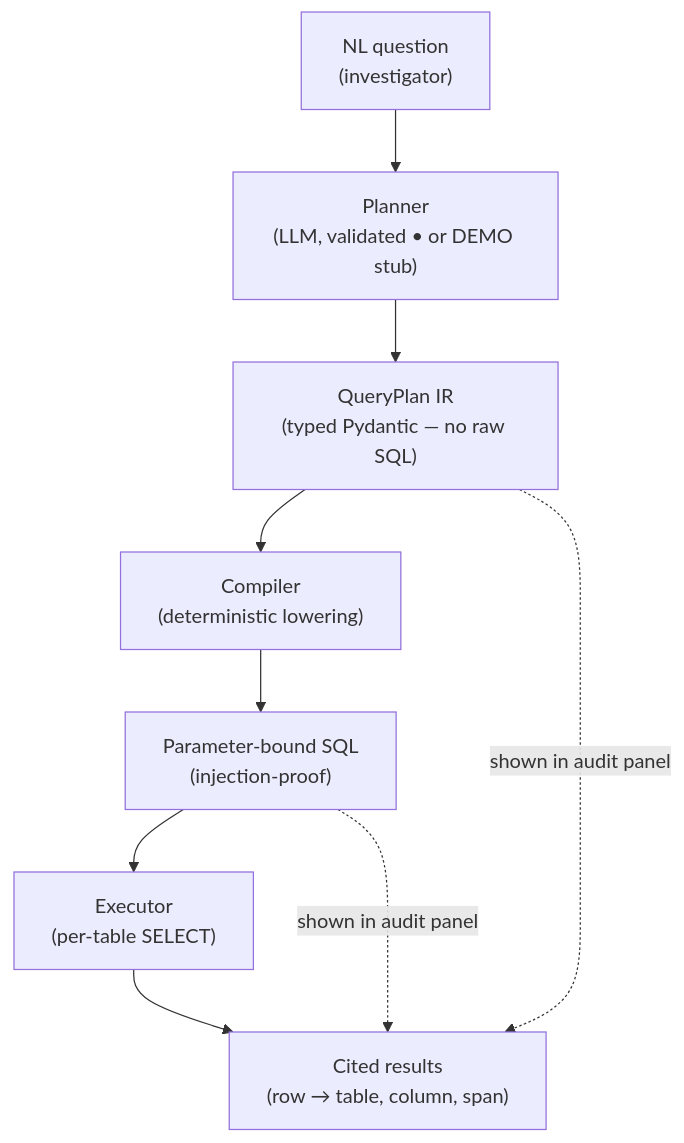
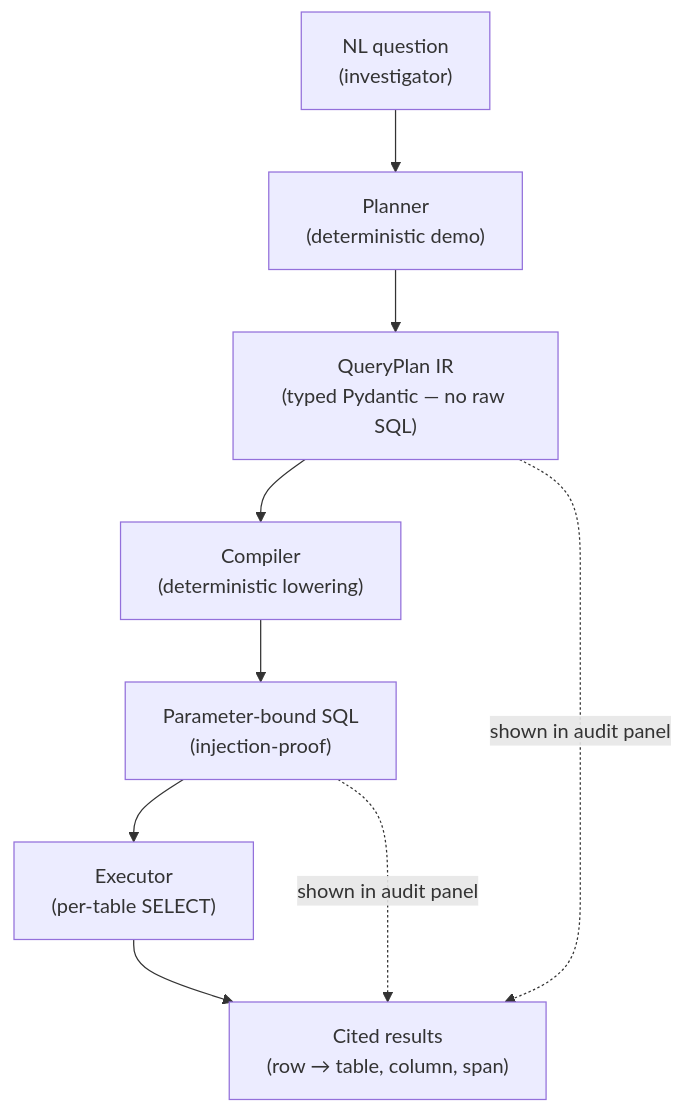
One commit to aayushman-singh/ufdr-analyzer changed the second of 2 diagrams in README.md. Above: the diagram before and after it, drawn with Mermaid. The commit also changed other lines of this file and 6 other files, not shown here.

````diff
--- a/README.md
+++ b/README.md
@@ -64,14 +68,14 @@
 ```mermaid
 flowchart TD
     Q["NL question<br/>(investigator)"]
-    P["Planner<br/>(LLM, validated • or DEMO stub)"]
+    P["Planner<br/>(deterministic demo)"]
     IR["QueryPlan IR<br/>(typed Pydantic — no raw SQL)"]
     C["Compiler<br/>(deterministic lowering)"]
     SQL["Parameter-bound SQL<br/>(injection-proof)"]
     EX["Executor<br/>(per-table SELECT)"]
     R["Cited results<br/>(row → table, column, span)"]
 
     Q --> P --> IR --> C --> SQL --> EX --> R
     IR -. "shown in audit panel" .-> R
     SQL -. "shown in audit panel" .-> R
 ```
````
